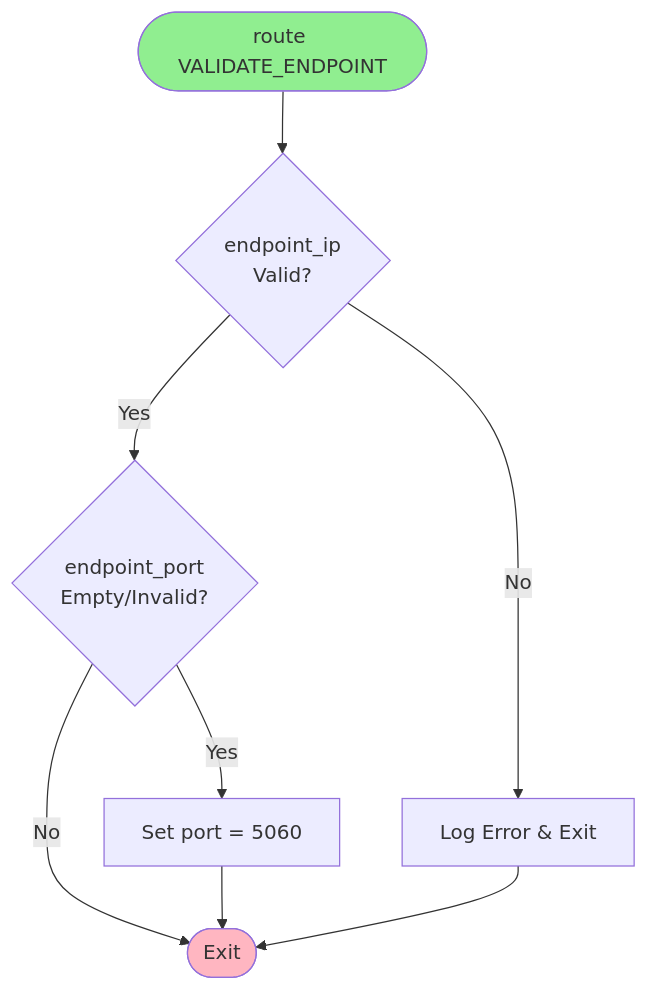
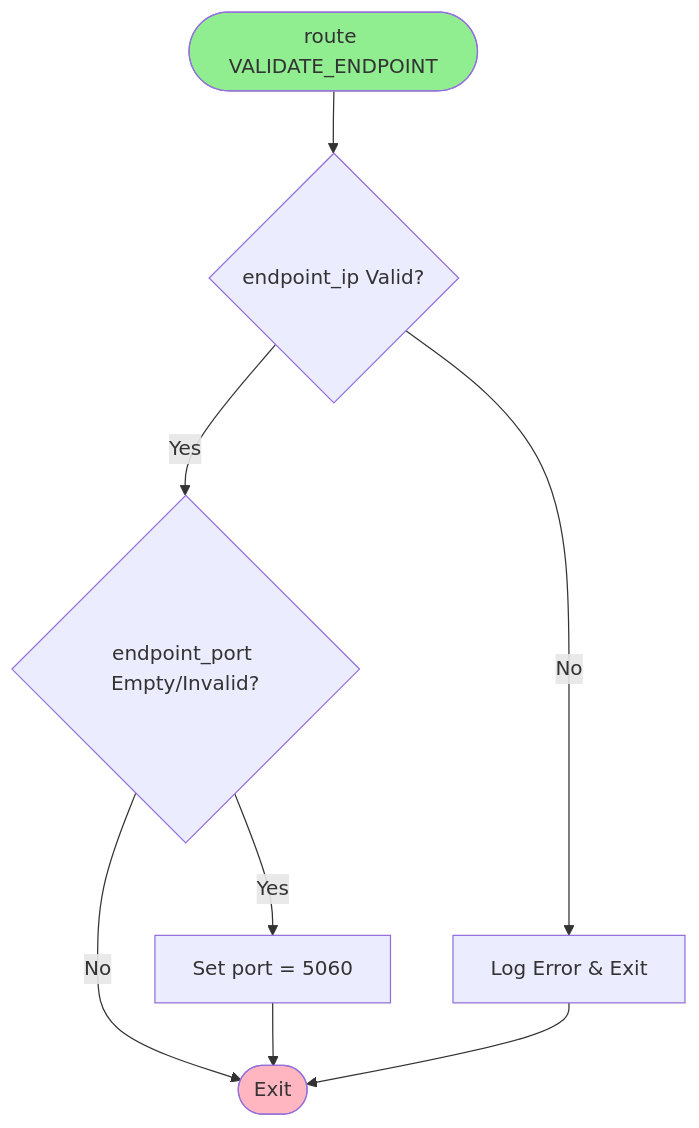
Before and after one commit to aelintra/pbx3sbc: the third of 13 diagrams in docs/OPENSIPS-LOGIC-DIAGRAM.md, drawn with Mermaid. The commit also changed other lines of this file, not shown here.

First line of the commit message:
Fix Mermaid diagram syntax: Remove unsupported HTML tags

````diff
--- a/docs/OPENSIPS-LOGIC-DIAGRAM.md
+++ b/docs/OPENSIPS-LOGIC-DIAGRAM.md
@@ -120,13 +120,13 @@
 ```mermaid
 flowchart TD
-    Start([route VALIDATE_ENDPOINT]) --> CheckIP{endpoint_ip<br/>Valid?}
+    Start([route VALIDATE_ENDPOINT]) --> CheckIP{endpoint_ip Valid?}
     CheckIP -->|No| LogError[Log Error & Exit]
-    CheckIP -->|Yes| CheckPort{endpoint_port<br/>Empty/Invalid?}
+    CheckIP -->|Yes| CheckPort{endpoint_port Empty/Invalid?}
     CheckPort -->|Yes| SetDefaultPort[Set port = 5060]
     CheckPort -->|No| End([Exit])
     SetDefaultPort --> End
     LogError --> End
     
     style Start fill:#90EE90
     style End fill:#FFB6C1
 ```
````
